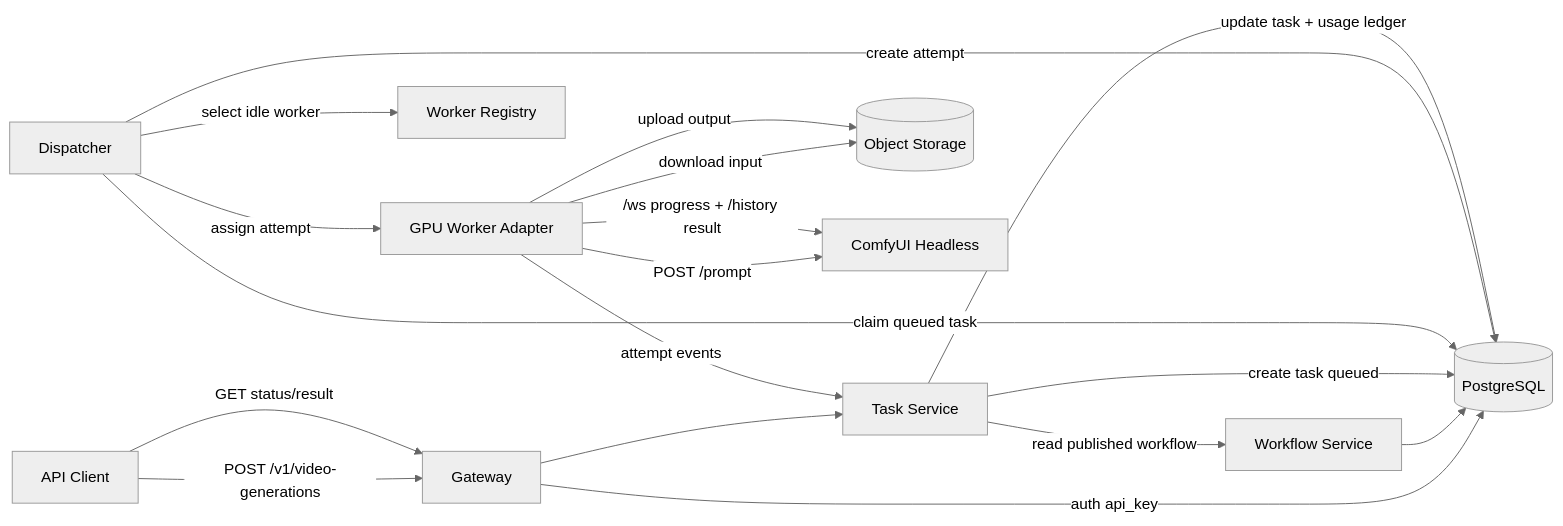
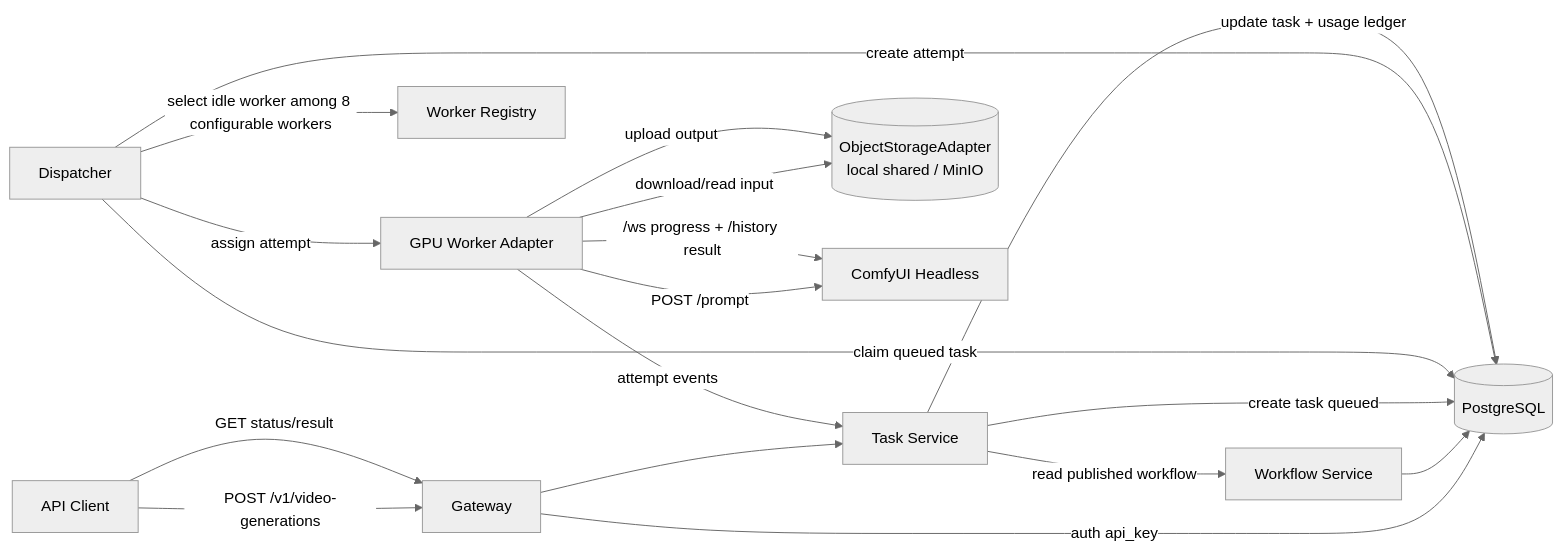
The fourth of 7 diagrams in docs/iterations/ltx-video-service/architecture.md (chenchiyuan/ltx), drawn with Mermaid (neutral theme) before and after one commit. The commit also changed other lines of this file and 20 other files, not shown here.

````diff
--- a/docs/iterations/ltx-video-service/architecture.md
+++ b/docs/iterations/ltx-video-service/architecture.md
@@ -584,20 +658,20 @@
 ```mermaid
 flowchart LR
   Client["API Client"] -->|POST /v1/video-generations| Gateway
   Gateway -->|auth api_key| DB[("PostgreSQL")]
   Gateway --> TaskSvc["Task Service"]
   TaskSvc -->|read published workflow| WorkflowSvc["Workflow Service"]
   WorkflowSvc --> DB
   TaskSvc -->|create task queued| DB
   Dispatcher["Dispatcher"] -->|claim queued task| DB
-  Dispatcher -->|select idle worker| Registry["Worker Registry"]
+  Dispatcher -->|select idle worker among 8 configurable workers| Registry["Worker Registry"]
   Dispatcher -->|create attempt| DB
   Dispatcher -->|assign attempt| Worker["GPU Worker Adapter"]
-  Worker -->|download input| Obj[("Object Storage")]
+  Worker -->|download/read input| Obj[("ObjectStorageAdapter\nlocal shared / MinIO")]
   Worker -->|POST /prompt| ComfyUI["ComfyUI Headless"]
   Worker -->|/ws progress + /history result| ComfyUI
   Worker -->|upload output| Obj
   Worker -->|attempt events| TaskSvc
   TaskSvc -->|update task + usage ledger| DB
   Client -->|GET status/result| Gateway
 ```
````
